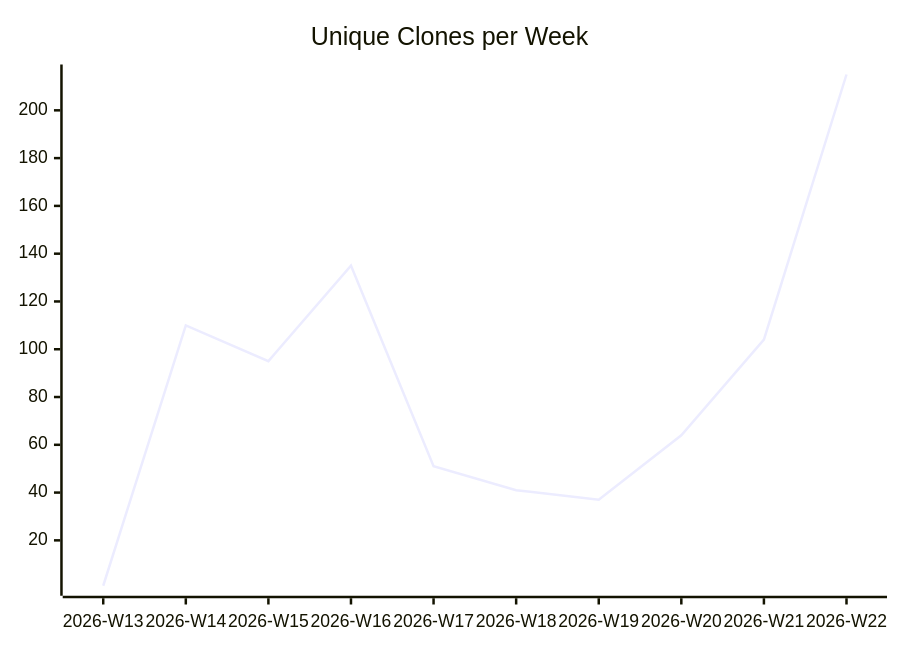
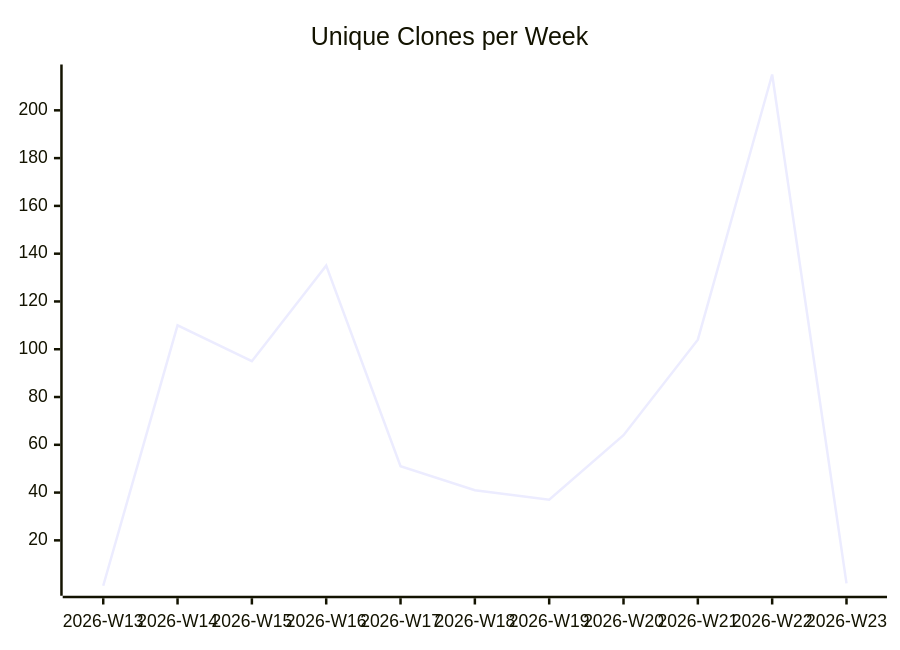
Before and after one commit to justdavis-family/github-analytics-data: the third of 3 diagrams in justdavis-family/justdavis/README.md, drawn with Mermaid. The commit also changed other lines of this file and 186 other files, not shown here.

````diff
--- a/justdavis-family/justdavis/README.md
+++ b/justdavis-family/justdavis/README.md
@@ -19,6 +19,6 @@
 ```mermaid
 xychart-beta
   title "Unique Clones per Week"
-  x-axis ["2026-W13", "2026-W14", "2026-W15", "2026-W16", "2026-W17", "2026-W18", "2026-W19", "2026-W20", "2026-W21", "2026-W22"]
-  line [1, 110, 95, 135, 51, 41, 37, 64, 104, 215]
+  x-axis ["2026-W13", "2026-W14", "2026-W15", "2026-W16", "2026-W17", "2026-W18", "2026-W19", "2026-W20", "2026-W21", "2026-W22", "2026-W23"]
+  line [1, 110, 95, 135, 51, 41, 37, 64, 104, 215, 2]
 ```
````
